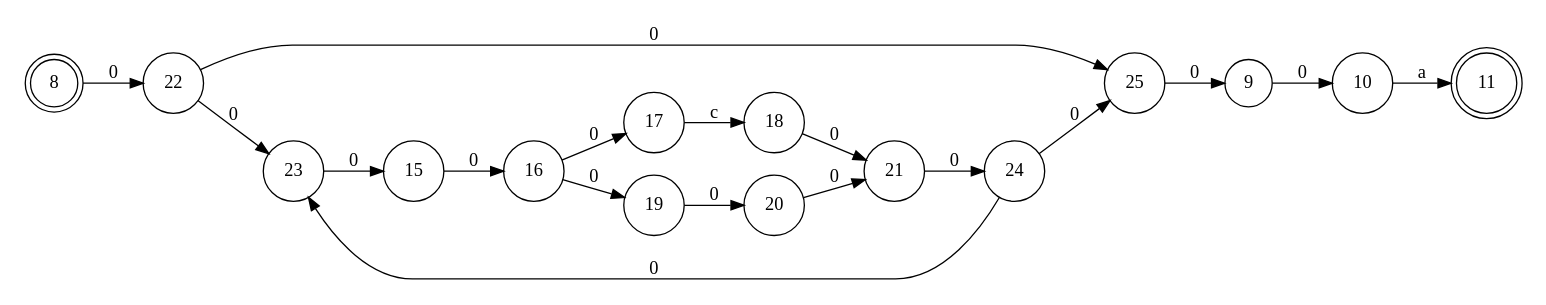
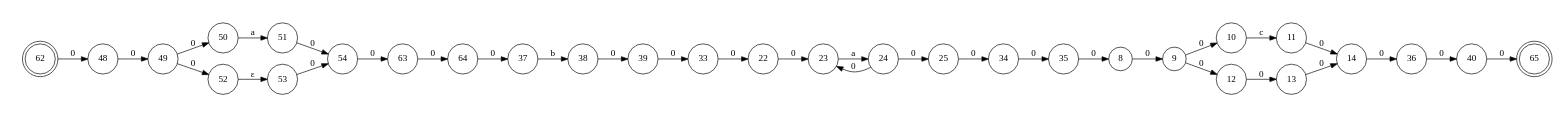
The diagram in output/graph.gv (Josrodjr/lenguajes_proyecto1), drawn with Graphviz before and after one commit. The commit also changed 4 other files, not shown here.

```diff
--- a/output/graph.gv
+++ b/output/graph.gv
@@ -1,24 +1,39 @@
 digraph "graph" {
 	rankdir=LR size="8,5"
 	node [shape=doublecircle]
-	8
-	11
+	62
+	65
 	node [shape=circle]
-	8 -> 22 [label=0]
-	9 -> 10 [label=0]
-	10 -> 11 [label=a]
-	25 -> 9 [label=0]
+	62 -> 48 [label=0]
+	63 -> 64 [label=0]
+	64 -> 37 [label=0]
+	54 -> 63 [label=0]
+	48 -> 49 [label=0]
+	49 -> 50 [label=0]
+	49 -> 52 [label=0]
+	50 -> 51 [label=a]
+	52 -> 53 [label="ε"]
+	51 -> 54 [label=0]
+	53 -> 54 [label=0]
+	40 -> 65 [label=0]
+	37 -> 38 [label=b]
+	38 -> 39 [label=0]
+	39 -> 33 [label=0]
+	36 -> 40 [label=0]
+	33 -> 22 [label=0]
+	34 -> 35 [label=0]
+	35 -> 8 [label=0]
+	25 -> 34 [label=0]
 	22 -> 23 [label=0]
-	23 -> 15 [label=0]
+	23 -> 24 [label=a]
 	24 -> 25 [label=0]
 	24 -> 23 [label=0]
-	22 -> 25 [label=0]
-	21 -> 24 [label=0]
-	15 -> 16 [label=0]
-	16 -> 17 [label=0]
-	16 -> 19 [label=0]
-	17 -> 18 [label=c]
-	19 -> 20 [label=0]
-	18 -> 21 [label=0]
-	20 -> 21 [label=0]
+	14 -> 36 [label=0]
+	8 -> 9 [label=0]
+	9 -> 10 [label=0]
+	9 -> 12 [label=0]
+	10 -> 11 [label=c]
+	12 -> 13 [label=0]
+	11 -> 14 [label=0]
+	13 -> 14 [label=0]
 }
```
